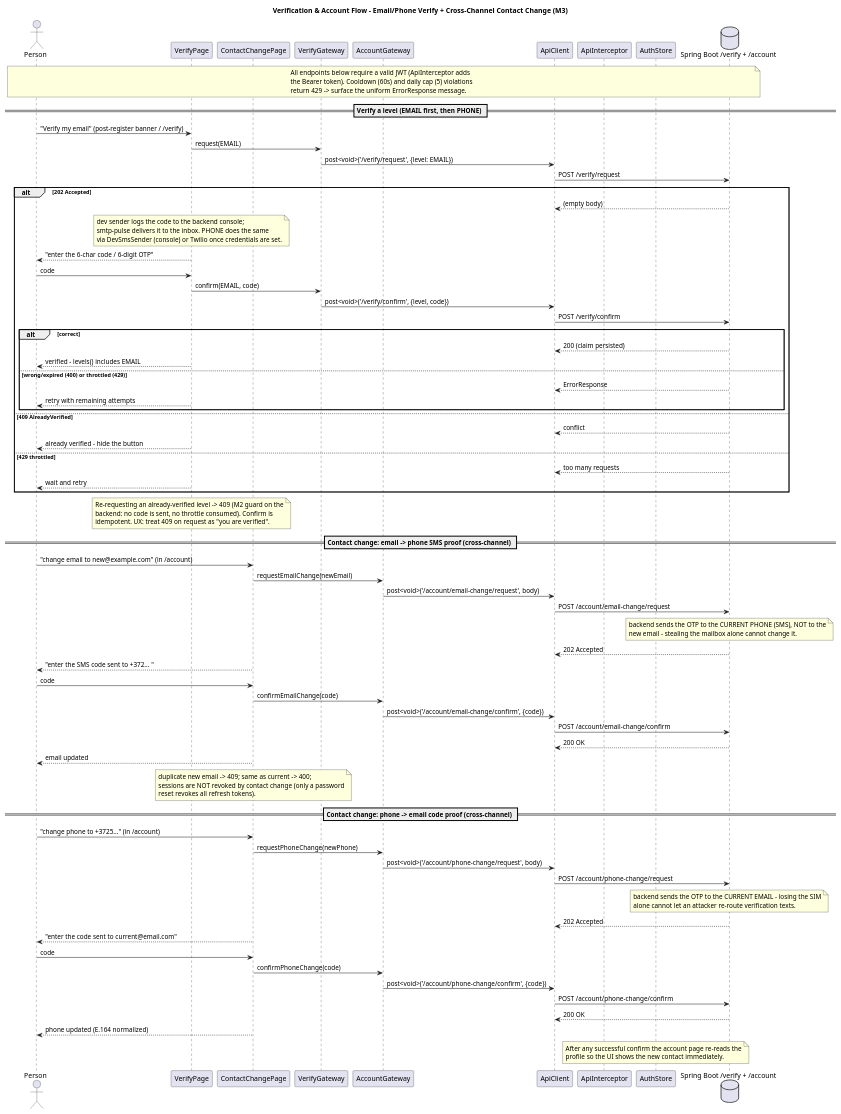
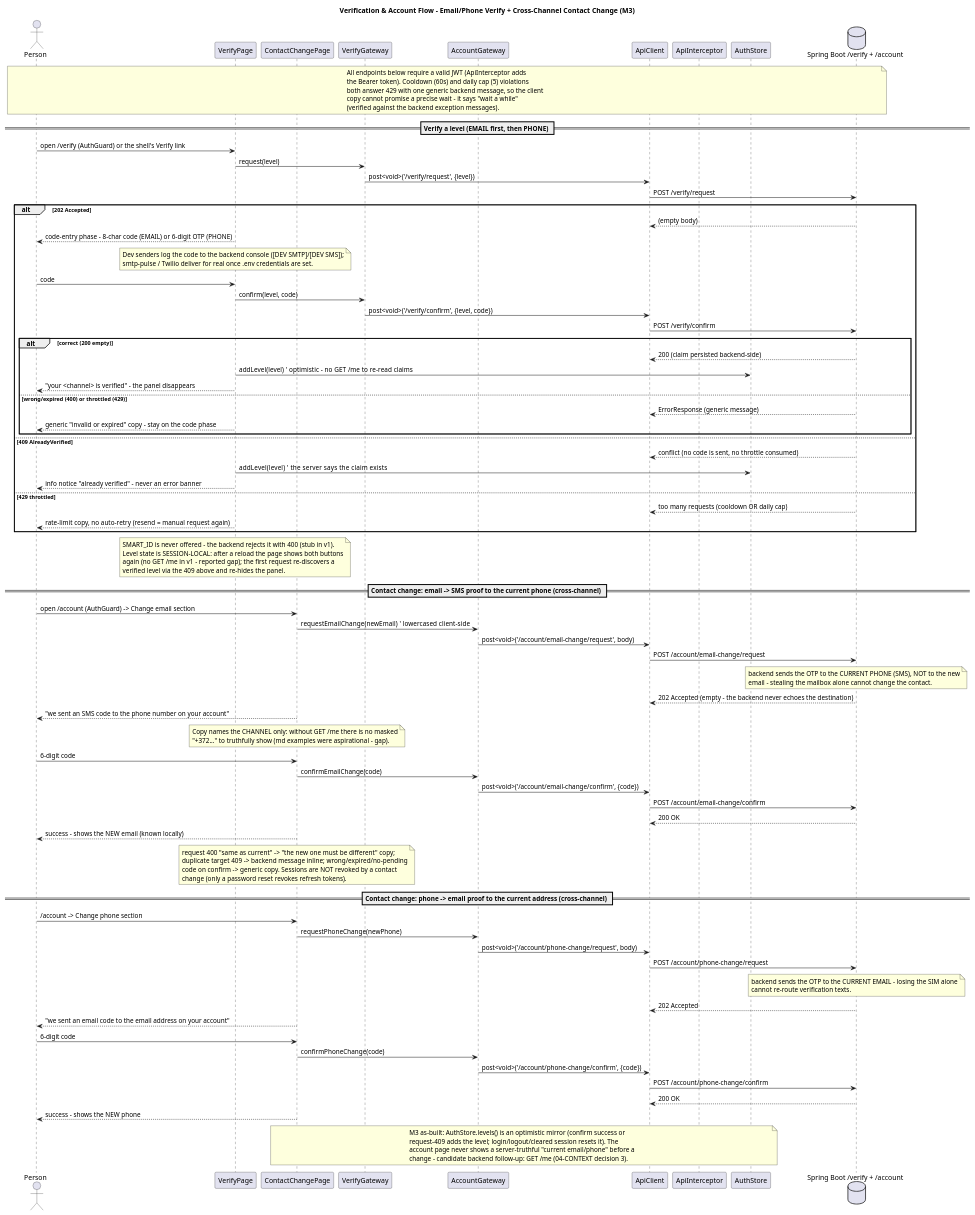
One commit to Bro223/OpenShelter changed the diagram in frontend/docs/03-verification-account-flow.puml. Above: the diagram before and after it, drawn with PlantUML. The commit also changed 26 other files, not shown here.

```diff
--- a/frontend/docs/03-verification-account-flow.puml
+++ b/frontend/docs/03-verification-account-flow.puml
@@ -1,104 +1,115 @@
 @startuml
 title Verification & Account Flow - Email/Phone Verify + Cross-Channel Contact Change (M3)
 
 actor Person
 
 participant "VerifyPage" as VP
 participant "ContactChangePage" as CP
 participant "VerifyGateway" as VG
 participant "AccountGateway" as AG
 participant "ApiClient" as AC
 participant "ApiInterceptor" as AI
 participant "AuthStore" as AS
 database "Spring Boot /verify + /account" as API
 
 note over Person, API
   All endpoints below require a valid JWT (ApiInterceptor adds
   the Bearer token). Cooldown (60s) and daily cap (5) violations
-  return 429 -> surface the uniform ErrorResponse message.
+  both answer 429 with one generic backend message, so the client
+  copy cannot promise a precise wait - it says "wait a while"
+  (verified against the backend exception messages).
 end note
 
 == Verify a level (EMAIL first, then PHONE) ==
-Person -> VP : "Verify my email" (post-register banner / /verify)
-VP -> VG : request(EMAIL)
-VG -> AC : post<void>('/verify/request', {level: EMAIL})
+Person -> VP : open /verify (AuthGuard) or the shell's Verify link
+VP -> VG : request(level)
+VG -> AC : post<void>('/verify/request', {level})
 AC -> API : POST /verify/request
 alt 202 Accepted
   API --> AC : (empty body)
+  VP --> Person : code-entry phase - 8-char code (EMAIL) or 6-digit OTP (PHONE)
   note over VP
-    dev sender logs the code to the backend console;
-    smtp-pulse delivers it to the inbox. PHONE does the same
-    via DevSmsSender (console) or Twilio once credentials are set.
+    Dev senders log the code to the backend console ([DEV SMTP]/[DEV SMS]);
+    smtp-pulse / Twilio deliver for real once .env credentials are set.
   end note
-  VP --> Person : "enter the 6-char code / 6-digit OTP"
   Person -> VP : code
-  VP -> VG : confirm(EMAIL, code)
+  VP -> VG : confirm(level, code)
   VG -> AC : post<void>('/verify/confirm', {level, code})
   AC -> API : POST /verify/confirm
-  alt correct
-    API --> AC : 200 (claim persisted)
-    VP --> Person : verified - levels() includes EMAIL
+  alt correct (200 empty)
+    API --> AC : 200 (claim persisted backend-side)
+    VP -> AS : addLevel(level)   ' optimistic - no GET /me to re-read claims
+    VP --> Person : "your <channel> is verified" - the panel disappears
   else wrong/expired (400) or throttled (429)
-    API --> AC : ErrorResponse
-    VP --> Person : retry with remaining attempts
+    API --> AC : ErrorResponse (generic message)
+    VP --> Person : generic "invalid or expired" copy - stay on the code phase
   end
 else 409 AlreadyVerified
-  API --> AC : conflict
-  VP --> Person : already verified - hide the button
+  API --> AC : conflict (no code is sent, no throttle consumed)
+  VP -> AS : addLevel(level)     ' the server says the claim exists
+  VP --> Person : info notice "already verified" - never an error banner
 else 429 throttled
-  API --> AC : too many requests
-  VP --> Person : wait and retry
+  API --> AC : too many requests (cooldown OR daily cap)
+  VP --> Person : rate-limit copy, no auto-retry (resend = manual request again)
 end
 
 note over VP
-  Re-requesting an already-verified level -> 409 (M2 guard on the
-  backend: no code is sent, no throttle consumed). Confirm is
-  idempotent. UX: treat 409 on request as "you are verified".
+  SMART_ID is never offered - the backend rejects it with 400 (stub in v1).
+  Level state is SESSION-LOCAL: after a reload the page shows both buttons
+  again (no GET /me in v1 - reported gap); the first request re-discovers a
+  verified level via the 409 above and re-hides the panel.
 end note
 
-== Contact change: email -> phone SMS proof (cross-channel) ==
-Person -> CP : "change email to new@example.com" (in /account)
-CP -> AG : requestEmailChange(newEmail)
+== Contact change: email -> SMS proof to the current phone (cross-channel) ==
+Person -> CP : open /account (AuthGuard) -> Change email section
+CP -> AG : requestEmailChange(newEmail)   ' lowercased client-side
 AG -> AC : post<void>('/account/email-change/request', body)
 AC -> API : POST /account/email-change/request
 note over API
-  backend sends the OTP to the CURRENT PHONE (SMS), NOT to the
-  new email - stealing the mailbox alone cannot change it.
+  backend sends the OTP to the CURRENT PHONE (SMS), NOT to the new
+  email - stealing the mailbox alone cannot change the contact.
 end note
-API --> AC : 202 Accepted
-CP --> Person : "enter the SMS code sent to +372... "
-Person -> CP : code
+API --> AC : 202 Accepted (empty - the backend never echoes the destination)
+CP --> Person : "we sent an SMS code to the phone number on your account"
+note over CP
+  Copy names the CHANNEL only: without GET /me there is no masked
+  "+372..." to truthfully show (md examples were aspirational - gap).
+end note
+Person -> CP : 6-digit code
 CP -> AG : confirmEmailChange(code)
 AG -> AC : post<void>('/account/email-change/confirm', {code})
 AC -> API : POST /account/email-change/confirm
 API --> AC : 200 OK
-CP --> Person : email updated
+CP --> Person : success - shows the NEW email (known locally)
 note over CP
-  duplicate new email -> 409; same as current -> 400;
-  sessions are NOT revoked by contact change (only a password
-  reset revokes all refresh tokens).
+  request 400 "same as current" -> "the new one must be different" copy;
+  duplicate target 409 -> backend message inline; wrong/expired/no-pending
+  code on confirm -> generic copy. Sessions are NOT revoked by a contact
+  change (only a password reset revokes refresh tokens).
 end note
 
-== Contact change: phone -> email code proof (cross-channel) ==
-Person -> CP : "change phone to +3725..." (in /account)
+== Contact change: phone -> email proof to the current address (cross-channel) ==
+Person -> CP : /account -> Change phone section
 CP -> AG : requestPhoneChange(newPhone)
 AG -> AC : post<void>('/account/phone-change/request', body)
 AC -> API : POST /account/phone-change/request
 note over API
-  backend sends the OTP to the CURRENT EMAIL - losing the SIM
-  alone cannot let an attacker re-route verification texts.
+  backend sends the OTP to the CURRENT EMAIL - losing the SIM alone
+  cannot re-route verification texts.
 end note
 API --> AC : 202 Accepted
-CP --> Person : "enter the code sent to current@email.com"
-Person -> CP : code
+CP --> Person : "we sent an email code to the email address on your account"
+Person -> CP : 6-digit code
 CP -> AG : confirmPhoneChange(code)
 AG -> AC : post<void>('/account/phone-change/confirm', {code})
 AC -> API : POST /account/phone-change/confirm
 API --> AC : 200 OK
-CP --> Person : phone updated (E.164 normalized)
+CP --> Person : success - shows the NEW phone
 
-note over AS
-  After any successful confirm the account page re-reads the
-  profile so the UI shows the new contact immediately.
+note over AS, CP
+  M3 as-built: AuthStore.levels() is an optimistic mirror (confirm success or
+  request-409 adds the level; login/logout/cleared session resets it). The
+  account page never shows a server-truthful "current email/phone" before a
+  change - candidate backend follow-up: GET /me (04-CONTEXT decision 3).
 end note
 @enduml
```
